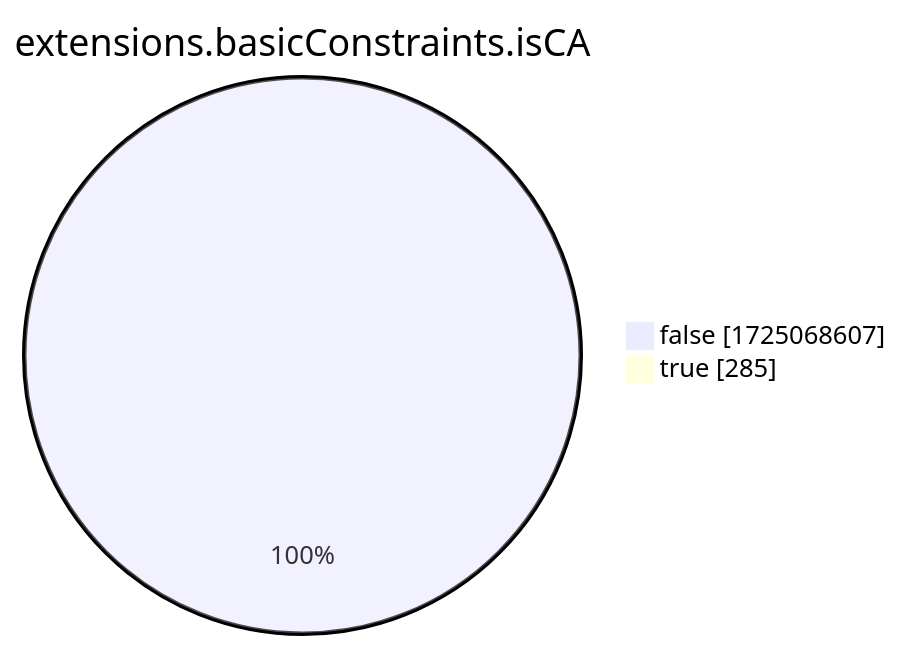
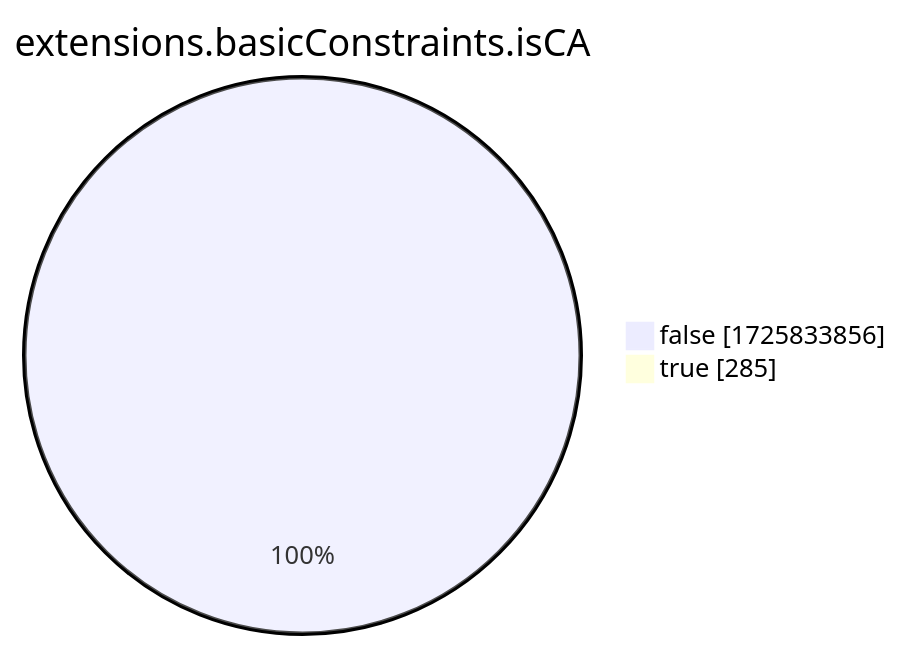
Before and after one commit to christiankrug/ctmonitor_visualization: the eighth of 15 diagrams in xenon2022/README.md, drawn with Mermaid. The commit also changed other lines of this file, not shown here.

````diff
--- a/xenon2022/README.md
+++ b/xenon2022/README.md
@@ -2867,6 +2867,6 @@
 ```mermaid
 pie showData
 title extensions.basicConstraints.isCA
-"false" :1725068607
+"false" :1725833856
 "true" :285
 ```
````
